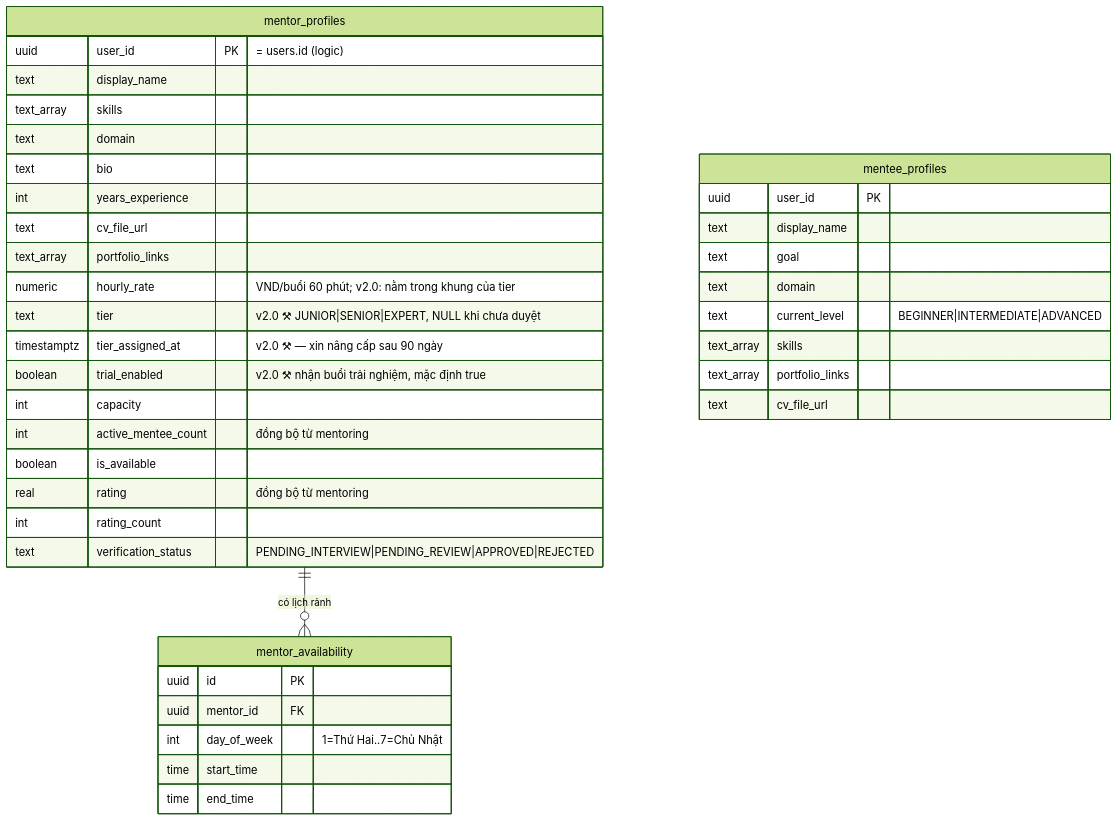
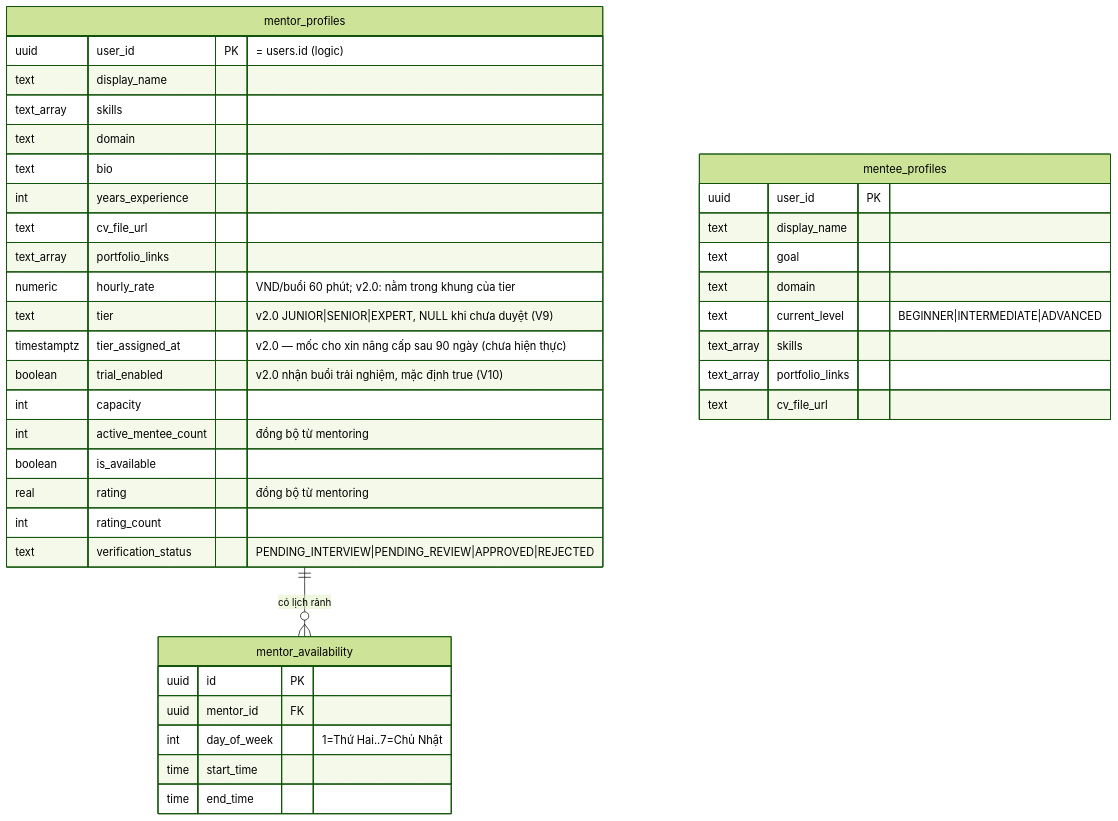
The second of 8 diagrams in docs/database-design.md (quangpham10212004/do_an_2026), drawn with Mermaid (forest theme) before and after one commit. The commit also changed other lines of this file and 4 other files, not shown here.

Commit message:
docs: v2.0 status — SRD ticks, real API paths, wallet/referral schema, handoff update

````diff
--- a/docs/database-design.md
+++ b/docs/database-design.md
@@ -64,41 +64,41 @@
 ```mermaid
 erDiagram
     mentor_profiles ||--o{ mentor_availability : "có lịch rảnh"
     mentor_profiles {
         uuid user_id PK "= users.id (logic)"
         text display_name
         text_array skills
         text domain
         text bio
         int years_experience
         text cv_file_url
         text_array portfolio_links
         numeric hourly_rate "VND/buổi 60 phút; v2.0: nằm trong khung của tier"
-        text tier "v2.0 ⚒ JUNIOR|SENIOR|EXPERT, NULL khi chưa duyệt"
-        timestamptz tier_assigned_at "v2.0 ⚒ — xin nâng cấp sau 90 ngày"
-        boolean trial_enabled "v2.0 ⚒ nhận buổi trải nghiệm, mặc định true"
+        text tier "v2.0 JUNIOR|SENIOR|EXPERT, NULL khi chưa duyệt (V9)"
+        timestamptz tier_assigned_at "v2.0 — mốc cho xin nâng cấp sau 90 ngày (chưa hiện thực)"
+        boolean trial_enabled "v2.0 nhận buổi trải nghiệm, mặc định true (V10)"
         int capacity
         int active_mentee_count "đồng bộ từ mentoring"
         boolean is_available
         real rating "đồng bộ từ mentoring"
         int rating_count
         text verification_status "PENDING_INTERVIEW|PENDING_REVIEW|APPROVED|REJECTED"
     }
     mentee_profiles {
         uuid user_id PK
         text display_name
         text goal
         text domain
         text current_level "BEGINNER|INTERMEDIATE|ADVANCED"
         text_array skills
         text_array portfolio_links
         text cv_file_url
     }
     mentor_availability {
         uuid id PK
         uuid mentor_id FK
         int day_of_week "1=Thứ Hai..7=Chủ Nhật"
         time start_time
         time end_time
     }
 ```
````
